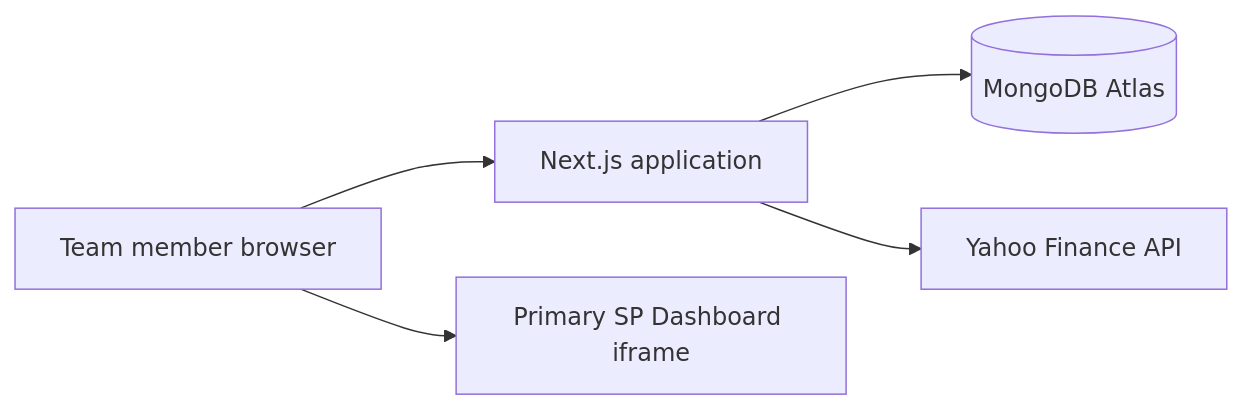
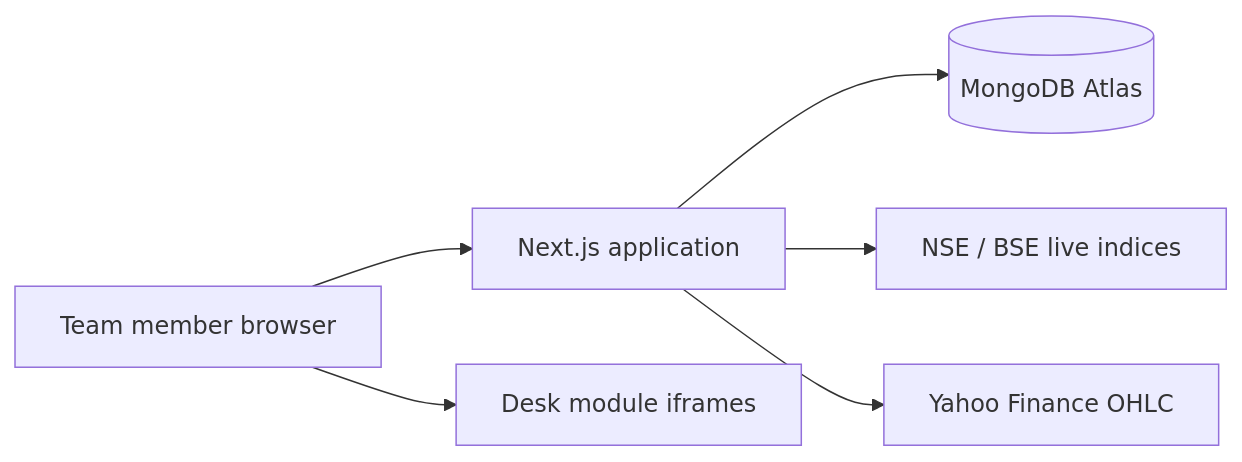
The diagram in docs/ARCHITECTURE.md (ShibayanBiswas/sp-workstation), drawn with Mermaid before and after one commit. The commit also changed other lines of this file and 7 other files, not shown here.

First line of the commit message:
Document markets/chart semantics and harden NSE verification.

````diff
--- a/docs/ARCHITECTURE.md
+++ b/docs/ARCHITECTURE.md
@@ -22,7 +24,8 @@
 ```mermaid
 flowchart LR
     U[Team member browser] --> N[Next.js application]
     N --> M[(MongoDB Atlas)]
-    N --> Y[Yahoo Finance API]
-    U --> P[Primary SP Dashboard iframe]
+    N --> NSE[NSE / BSE live indices]
+    N --> Y[Yahoo Finance OHLC]
+    U --> P[Desk module iframes]
 ```
````
